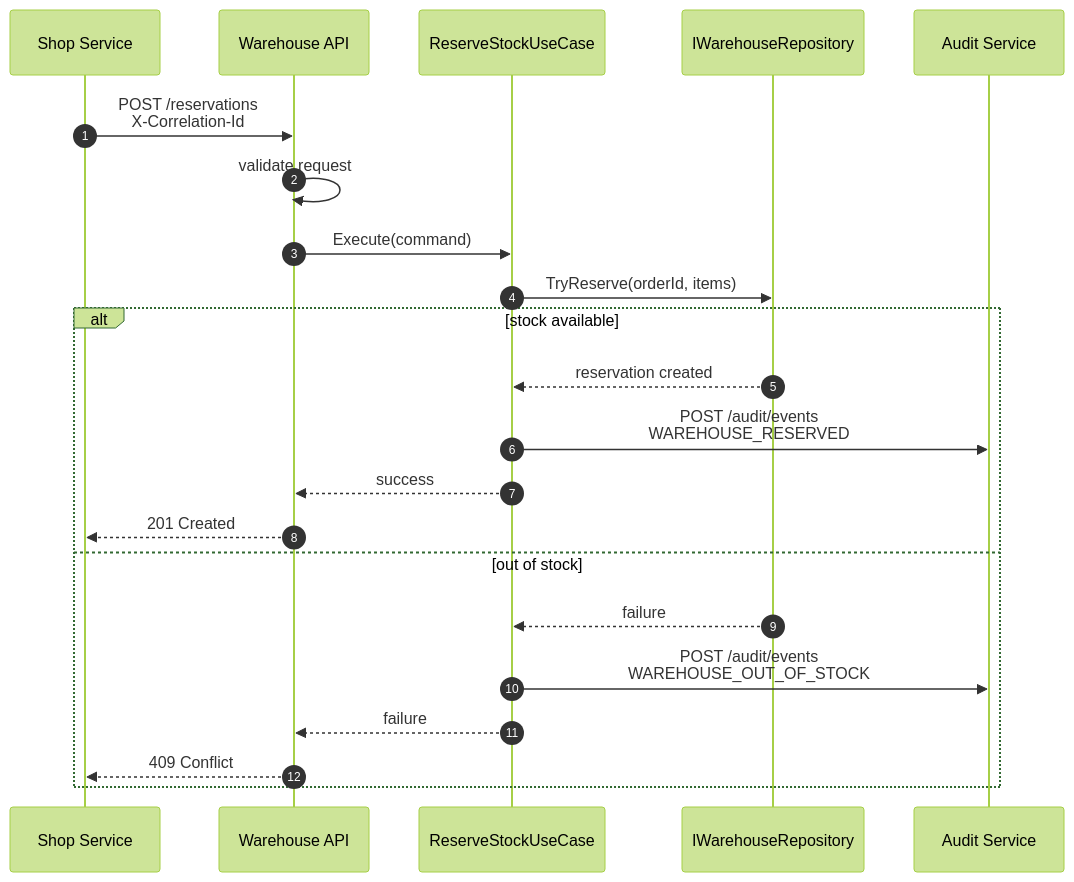
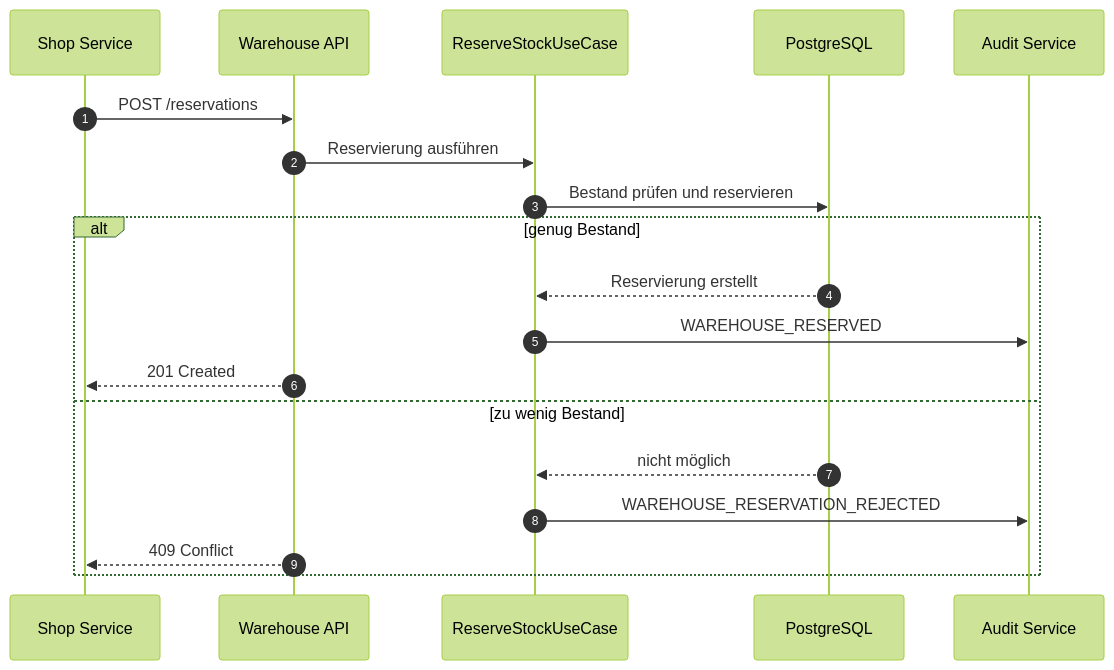
One commit to Abdelwadoud-Mabrouk/vse-microservice-online-shop changed the sixth of 8 diagrams in docs/dotnet-services-diagrams.md. Above: the diagram before and after it, drawn with Mermaid (forest theme). The commit also changed other lines of this file and 123 other files, not shown here.

Commit message:
Improve dotnet services architecture and docs

````diff
--- a/docs/dotnet-services-diagrams.md
+++ b/docs/dotnet-services-diagrams.md
@@ -189,26 +138,23 @@
 ```mermaid
 sequenceDiagram
     autonumber
     participant Shop as Shop Service
-    participant WHApi as Warehouse API
+    participant Api as Warehouse API
     participant UseCase as ReserveStockUseCase
-    participant Repo as IWarehouseRepository
+    participant Db as PostgreSQL
     participant Audit as Audit Service
 
-    Shop->>WHApi: POST /reservations<br/>X-Correlation-Id
-    WHApi->>WHApi: validate request
-    WHApi->>UseCase: Execute(command)
-    UseCase->>Repo: TryReserve(orderId, items)
+    Shop->>Api: POST /reservations
+    Api->>UseCase: Reservierung ausführen
+    UseCase->>Db: Bestand prüfen und reservieren
 
-    alt stock available
-        Repo-->>UseCase: reservation created
-        UseCase->>Audit: POST /audit/events<br/>WAREHOUSE_RESERVED
-        UseCase-->>WHApi: success
-        WHApi-->>Shop: 201 Created
-    else out of stock
-        Repo-->>UseCase: failure
-        UseCase->>Audit: POST /audit/events<br/>WAREHOUSE_OUT_OF_STOCK
-        UseCase-->>WHApi: failure
-        WHApi-->>Shop: 409 Conflict
+    alt genug Bestand
+        Db-->>UseCase: Reservierung erstellt
+        UseCase->>Audit: WAREHOUSE_RESERVED
+        Api-->>Shop: 201 Created
+    else zu wenig Bestand
+        Db-->>UseCase: nicht möglich
+        UseCase->>Audit: WAREHOUSE_RESERVATION_REJECTED
+        Api-->>Shop: 409 Conflict
     end
 ```
````
